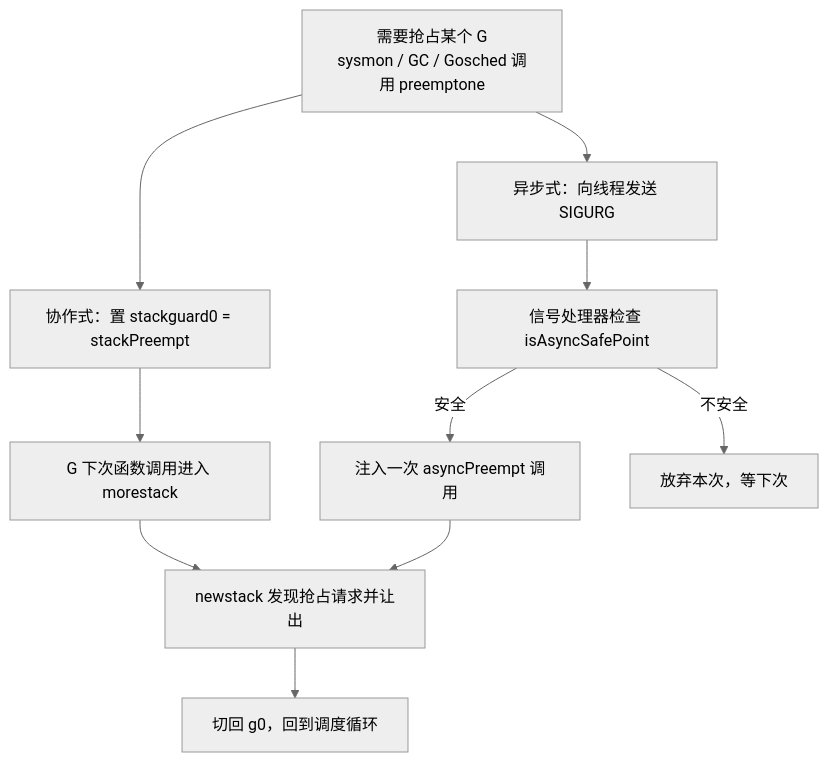
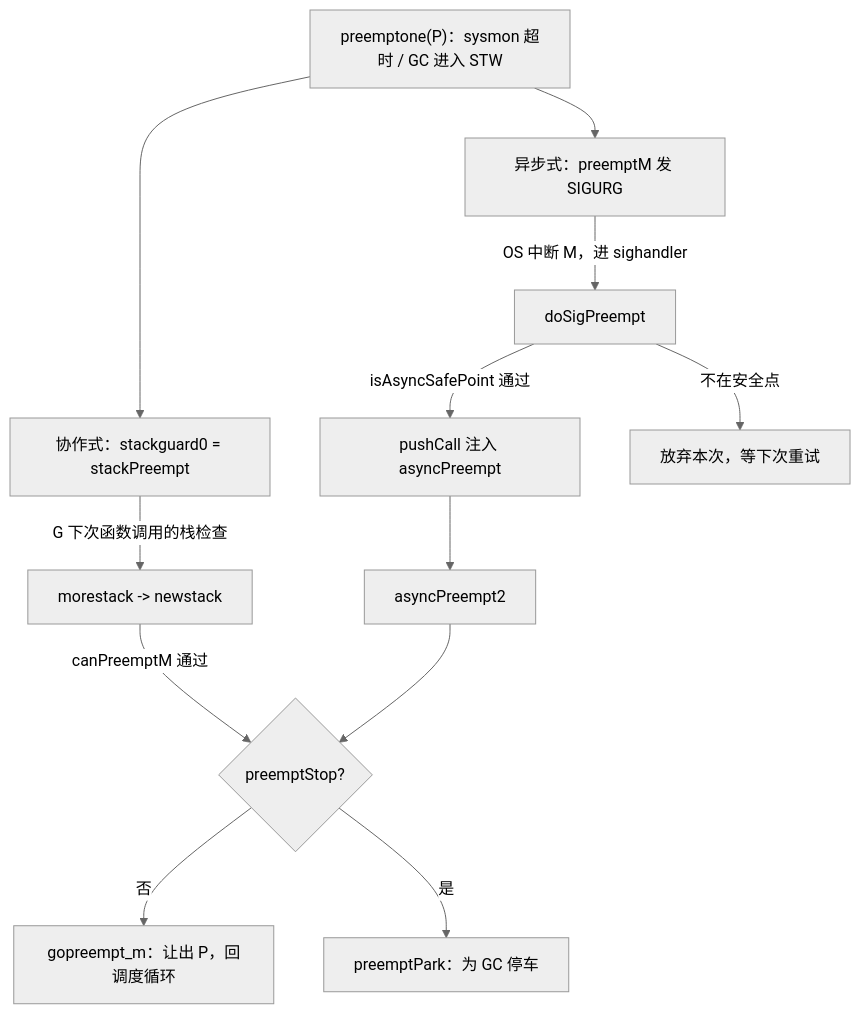
One commit to golang-design/under-the-hood changed the diagram in book/zh-cn/part3concurrency/ch09sched/preemption.md. Above: the diagram before and after it, drawn with Mermaid (neutral theme). The commit also changed other lines of this file and 6 other files, not shown here.

````diff
--- a/book/zh-cn/part3concurrency/ch09sched/preemption.md
+++ b/book/zh-cn/part3concurrency/ch09sched/preemption.md
@@ -54,12 +237,19 @@
 ```mermaid
 flowchart TD
-    REQ["需要抢占某个 G<br/>sysmon / GC / Gosched 调用 preemptone"] --> COOP["协作式：置 stackguard0 = stackPreempt"]
-    REQ --> ASYNC["异步式：向线程发送 SIGURG"]
-    COOP --> CALL["G 下次函数调用进入 morestack"]
-    CALL --> NS["newstack 发现抢占请求并让出"]
-    ASYNC --> SIG["信号处理器检查 isAsyncSafePoint"]
-    SIG -->|安全| INJ["注入一次 asyncPreempt 调用"]
-    SIG -->|不安全| SKIP["放弃本次，等下次"]
-    INJ --> NS
-    NS --> SCHED["切回 g0，回到调度循环"]
+    REQ["preemptone(P)：sysmon 超时 / GC 进入 STW"]
+    REQ --> COOP["协作式：stackguard0 = stackPreempt"]
+    REQ --> ASYNC["异步式：preemptM 发 SIGURG"]
+
+    COOP -->|G 下次函数调用的栈检查| MORE["morestack -> newstack"]
+    MORE -->|canPreemptM 通过| YIELD
+
+    ASYNC -->|OS 中断 M，进 sighandler| DSP["doSigPreempt"]
+    DSP -->|isAsyncSafePoint 通过| INJ["pushCall 注入 asyncPreempt"]
+    DSP -->|不在安全点| DROP["放弃本次，等下次重试"]
+    INJ --> AP2["asyncPreempt2"]
+    AP2 --> YIELD
+
+    YIELD{"preemptStop?"}
+    YIELD -->|否| GP["gopreempt_m：让出 P，回调度循环"]
+    YIELD -->|是| PP["preemptPark：为 GC 停车"]
 ```
````
